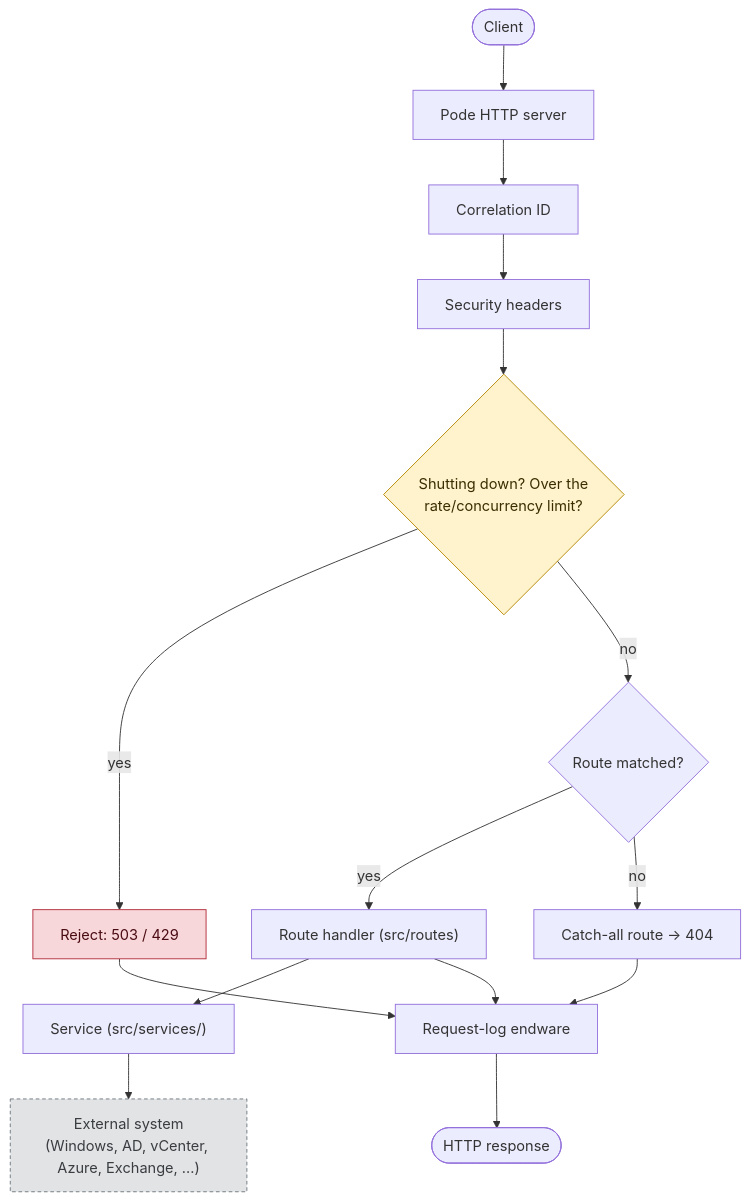
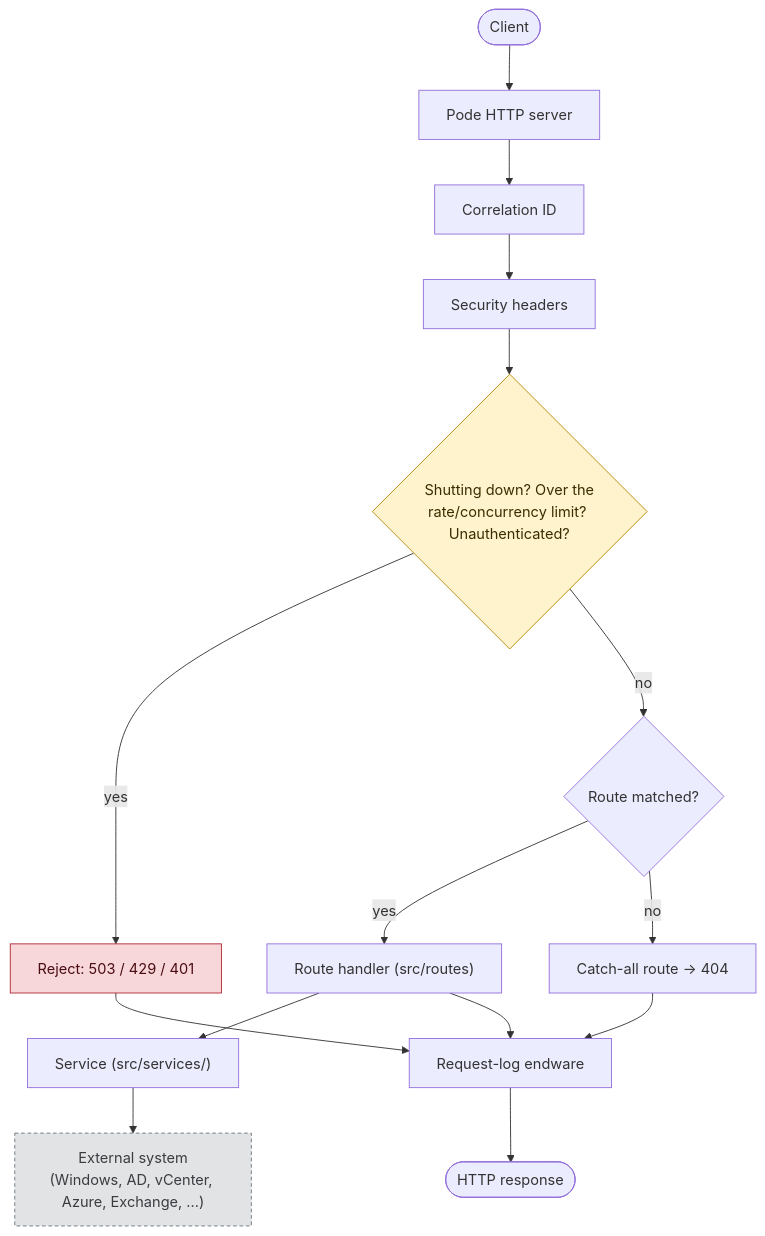
The first of 3 diagrams in docs/architecture.md (D4ri0Rookie/OpsBridge), drawn with Mermaid before and after one commit. The commit also changed other lines of this file and 24 other files, not shown here.

````diff
--- a/docs/architecture.md
+++ b/docs/architecture.md
@@ -9,25 +9,25 @@
 ```mermaid
 %%{init: {"flowchart": {"curve": "basis"}}}%%
 flowchart TB
     Client(["Client"]) --> Pode["Pode HTTP server"]
     Pode --> Corr["Correlation ID"]
     Corr --> Sec["Security headers"]
-    Sec --> Gates{"Shutting down? Over the\nrate/concurrency limit?"}
-    Gates -->|yes| Reject["Reject: 503 / 429"]
+    Sec --> Gates{"Shutting down? Over the\nrate/concurrency limit? Unauthenticated?"}
+    Gates -->|yes| Reject["Reject: 503 / 429 / 401"]
     Gates -->|no| Route{"Route matched?"}
     Route -->|yes| Handler["Route handler (src/routes)"]
     Route -->|no| NotFound["Catch-all route -> 404"]
     Handler --> Service["Service (src/services/<Area>)"]
     Service --> External["External system\n(Windows, AD, vCenter, Azure, Exchange, ...)"]
     Handler --> Log["Request-log endware"]
     NotFound --> Log
     Reject --> Log
     Log --> Response(["HTTP response"])
 
     classDef gate fill:#fff3cd,stroke:#b38600,color:#3a2e00
     classDef reject fill:#f8d7da,stroke:#b02a37,color:#4a0d13
     classDef external fill:#e2e3e5,stroke:#6c757d,color:#3a3d40,stroke-dasharray: 4 3
     class Gates gate
     class Reject reject
     class External external
 ```
````
